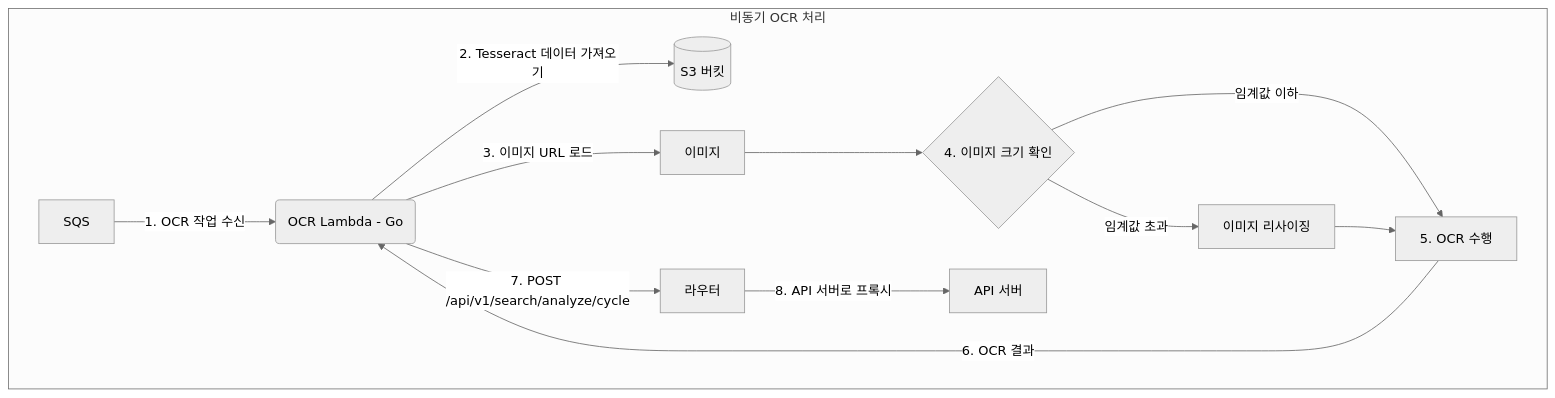
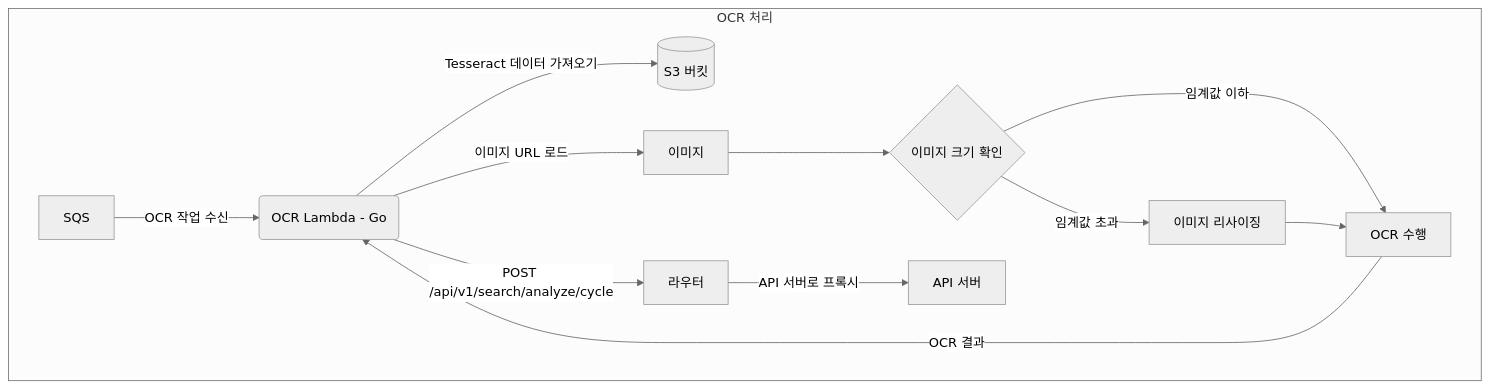
Before and after one commit to ndns-dev/.github: the third of 4 diagrams in profile/README.md, drawn with Mermaid (neutral theme). The commit also changed other lines of this file, not shown here.

````diff
--- a/profile/README.md
+++ b/profile/README.md
@@ -83,15 +83,15 @@
 ```mermaid
 graph TD
-    subgraph "비동기 OCR 처리"
-        A[SQS] -- "1. OCR 작업 수신" --> B(OCR Lambda - Go);
-        B -- "2. Tesseract 데이터 가져오기" --> S3[(S3 버킷)];
-        B -- "3. 이미지 URL 로드" --> Image[이미지];
-        Image --> Size_Check{4. 이미지 크기 확인};
+    subgraph "OCR 처리"
+        A[SQS] -- "OCR 작업 수신" --> B(OCR Lambda - Go);
+        B -- "Tesseract 데이터 가져오기" --> S3[(S3 버킷)];
+        B -- "이미지 URL 로드" --> Image[이미지];
+        Image --> Size_Check{이미지 크기 확인};
         Size_Check -- "임계값 초과" --> Resize[이미지 리사이징];
-        Size_Check -- "임계값 이하" --> Perform_OCR[5. OCR 수행];
+        Size_Check -- "임계값 이하" --> Perform_OCR[OCR 수행];
         Resize --> Perform_OCR;
-        Perform_OCR -- "6. OCR 결과" --> B;
-        B -- "7. POST /api/v1/search/analyze/cycle" --> 라우터;
-        라우터 -- "8. API 서버로 프록시" --> API_서버[API 서버];
+        Perform_OCR -- "OCR 결과" --> B;
+        B -- "POST /api/v1/search/analyze/cycle" --> 라우터;
+        라우터 -- "API 서버로 프록시" --> API_서버[API 서버];
     end
 ```
````
